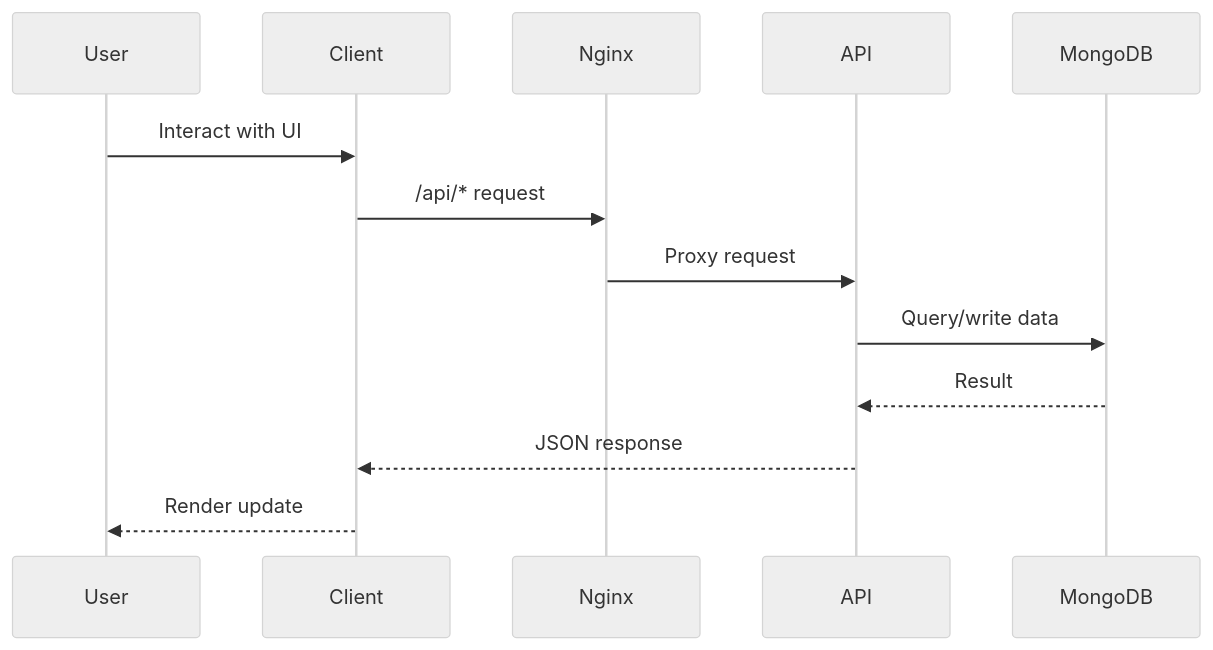
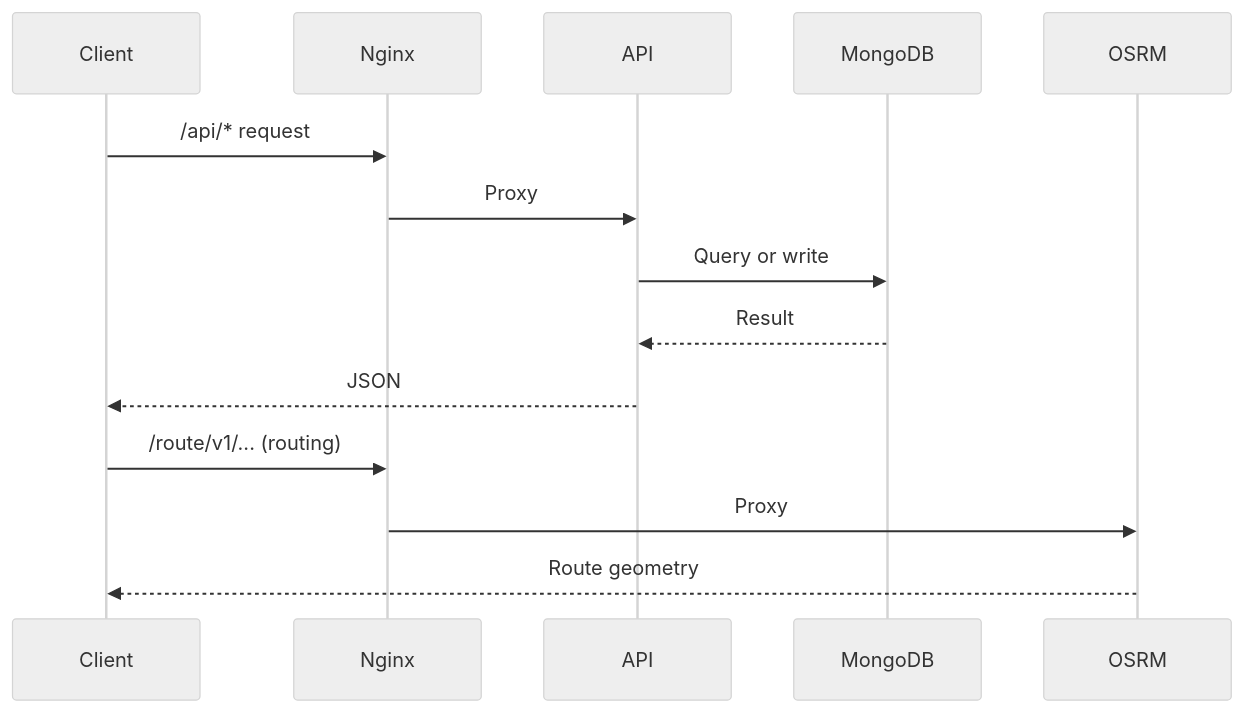
One commit to martintrifunov/obrok changed the first of 3 diagrams in apps/docs/architecture/flows.md. Above: the diagram before and after it, drawn with Mermaid (neutral theme). The commit also changed other lines of this file and 6 other files, not shown here.

Commit message:
docs(search): check the search, concept and architecture pages against the code

````diff
--- a/apps/docs/architecture/flows.md
+++ b/apps/docs/architecture/flows.md
@@ -19,15 +15,16 @@
 ```mermaid
 sequenceDiagram
-  participant U as User
   participant C as Client
   participant N as Nginx
   participant A as API
   participant D as MongoDB
-  U->>C: Interact with UI
+  participant O as OSRM
   C->>N: /api/* request
-  N->>A: Proxy request
-  A->>D: Query/write data
+  N->>A: Proxy
+  A->>D: Query or write
   D-->>A: Result
-  A-->>C: JSON response
-  C-->>U: Render update
+  A-->>C: JSON
+  C->>N: /route/v1/... (routing)
+  N->>O: Proxy
+  O-->>C: Route geometry
 ```
````
